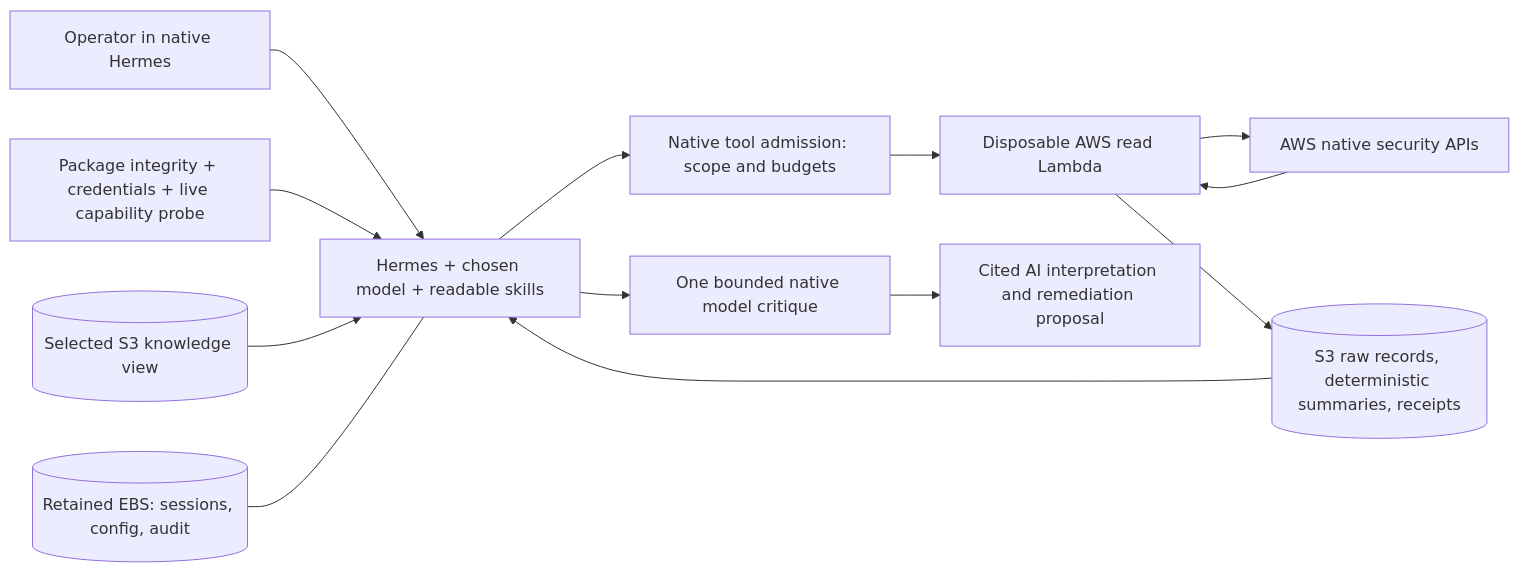
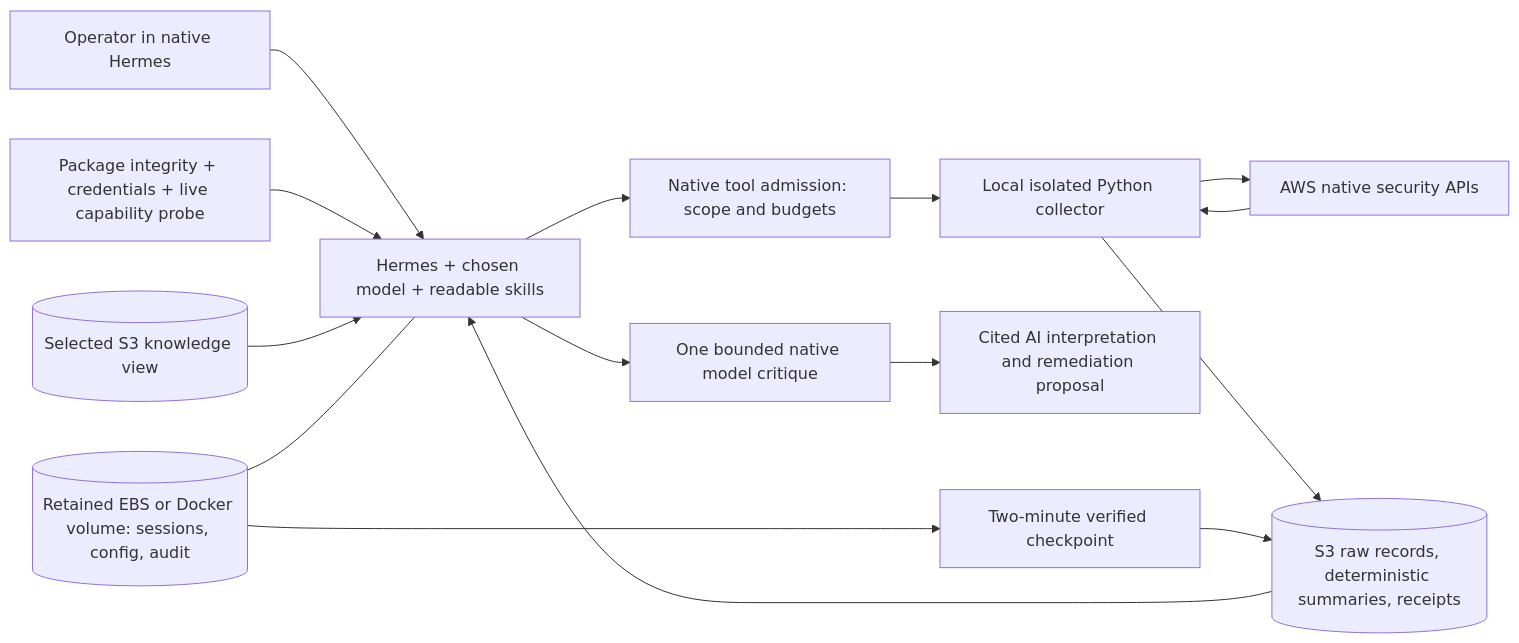
One commit to IaCGenius/RemediGenius changed the diagram in docs/CE-RUNTIME.md. Above: the diagram before and after it, drawn with Mermaid. The commit also changed other lines of this file and 78 other files, not shown here.

````diff
--- a/docs/CE-RUNTIME.md
+++ b/docs/CE-RUNTIME.md
@@ -7,15 +7,17 @@
 ```mermaid
 flowchart LR
   U[Operator in native Hermes] --> H[Hermes + chosen model + readable skills]
   P[Package integrity + credentials + live capability probe] --> H
   H --> G[Native tool admission: scope and budgets]
-  G --> L[Disposable AWS read Lambda]
+  G --> L[Local isolated Python collector]
   L --> A[AWS native security APIs]
   A --> L
   L --> S[(S3 raw records, deterministic summaries, receipts)]
   S --> H
   K[(Selected S3 knowledge view)] --> H
   H --> R[One bounded native model critique]
   R --> O[Cited AI interpretation and remediation proposal]
-  E[(Retained EBS: sessions, config, audit)] --- H
+  E[(Retained EBS or Docker volume: sessions, config, audit)] --- H
+  E --> B[Two-minute verified checkpoint]
+  B --> S
 ```
````
